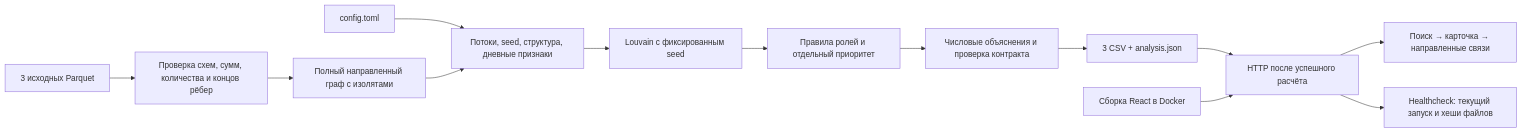
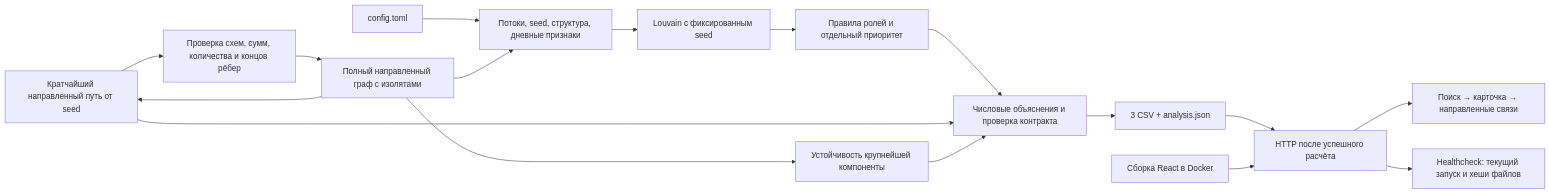
The diagram in docs/DEMO.md (BAITC-Hacks/hack-5fc9e139-tovarish-sanechka), drawn with Mermaid before and after one commit. The commit also changed other lines of this file and 8 other files, not shown here.

````diff
--- a/docs/DEMO.md
+++ b/docs/DEMO.md
@@ -3,15 +3,19 @@
 ```mermaid
 flowchart LR
   P[3 исходных Parquet] --> V[Проверка схем, сумм, количества и концов рёбер]
   C[config.toml] --> F
   V --> G[Полный направленный граф с изолятами]
   G --> F[Потоки, seed, структура, дневные признаки]
+  G --> P[Кратчайший направленный путь от seed]
   F --> L[Louvain с фиксированным seed]
   L --> R[Правила ролей и отдельный приоритет]
+  G --> T[Устойчивость крупнейшей компоненты]
   R --> E[Числовые объяснения и проверка контракта]
+  P --> E
+  T --> E
   E --> O[3 CSV + analysis.json]
   O --> S[HTTP после успешного расчёта]
   B[Сборка React в Docker] --> S
   S --> U[Поиск → карточка → направленные связи]
   S --> H[Healthcheck: текущий запуск и хеши файлов]
 ```
````
